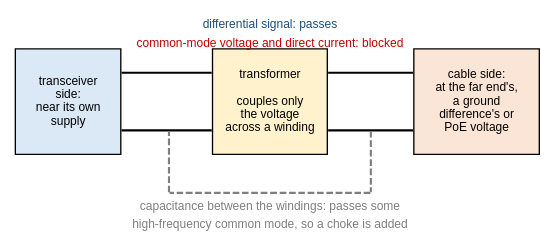
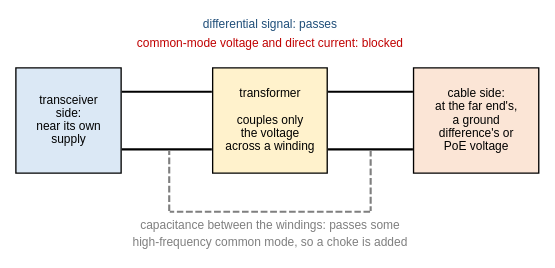
One commit to mithro/evampire changed the diagram in docs/ethernet/magnetics/cm-transformer.dot. Above: the diagram before and after it, drawn with Graphviz. The commit also changed 2 other files, not shown here.

```diff
--- a/docs/ethernet/magnetics/cm-transformer.dot
+++ b/docs/ethernet/magnetics/cm-transformer.dot
@@ -1,45 +1,45 @@
 // What a transformer passes and blocks on one pair: the differential
 // signal crosses, common-mode voltage and direct current do not, so each
 // side sits at its own voltage. The capacitance between the windings
 // passes some common mode at high frequencies.
 //
 // Fixed grid, positions in inches.
 //
 // SPDX-License-Identifier: Apache-2.0
 
 graph cm_transformer {
     graph [layout=neato, splines=false, outputorder=edgesfirst,
            fontname="Helvetica", fontsize=10];
     node  [fontname="Helvetica", fontsize=9, pin=true, shape=box,
            style=filled, fixedsize=true];
     edge  [penwidth=1.6];
 
     phy [pos="0.6,1.5!", width=1.1, height=1.1, fillcolor="#dbe8f5",
          label="transceiver\nside:\nnear its own\nsupply"];
     x [pos="2.7,1.5!", width=1.2, height=1.1, fillcolor="#fff2cc",
        label="transformer\n\ncouples only\nthe voltage\nacross a winding"];
     cab [pos="4.85,1.5!", width=1.3, height=1.1, fillcolor="#fbe5d6",
          label="cable side:\nat the far end's,\na ground\ndifference's or\nPoE voltage"];
 
     node [shape=point, width=0.01, height=0.01, style=invis];
     pp [pos="1.15,1.8!"]; pn [pos="1.15,1.2!"];
     xlp [pos="2.1,1.8!"]; xln [pos="2.1,1.2!"];
     xrp [pos="3.3,1.8!"]; xrn [pos="3.3,1.2!"];
     cp [pos="4.2,1.8!"];  cn [pos="4.2,1.2!"];
     k1 [pos="3.75,1.2!"]; k2 [pos="3.75,0.55!"];
     k3 [pos="1.65,0.55!"]; k4 [pos="1.65,1.2!"];
 
     pp -- xlp; pn -- xln;
     xrp -- cp; xrn -- cn;
     k1 -- k2 -- k3 -- k4 [style=dashed, color="#7f7f7f"];
 
     node [shape=plaintext, style="", height=0.2, fontsize=9];
-    l1 [pos="2.7,2.3!", width=3.6, fontcolor="#1f4e79",
+    l1 [pos="2.7,2.5!", width=3.6, fontcolor="#1f4e79",
         label="differential signal: passes"];
-    l2 [pos="2.7,2.1!", width=3.6, fontcolor="#c00000",
+    l2 [pos="2.7,2.3!", width=3.6, fontcolor="#c00000",
         label="common-mode voltage and direct current: blocked"];
     l3 [pos="2.7,0.4!", width=4.2, fontcolor="#7f7f7f",
         label="capacitance between the windings: passes some"];
     l4 [pos="2.7,0.22!", width=4.2, fontcolor="#7f7f7f",
         label="high-frequency common mode, so a choke is added"];
 }
```
